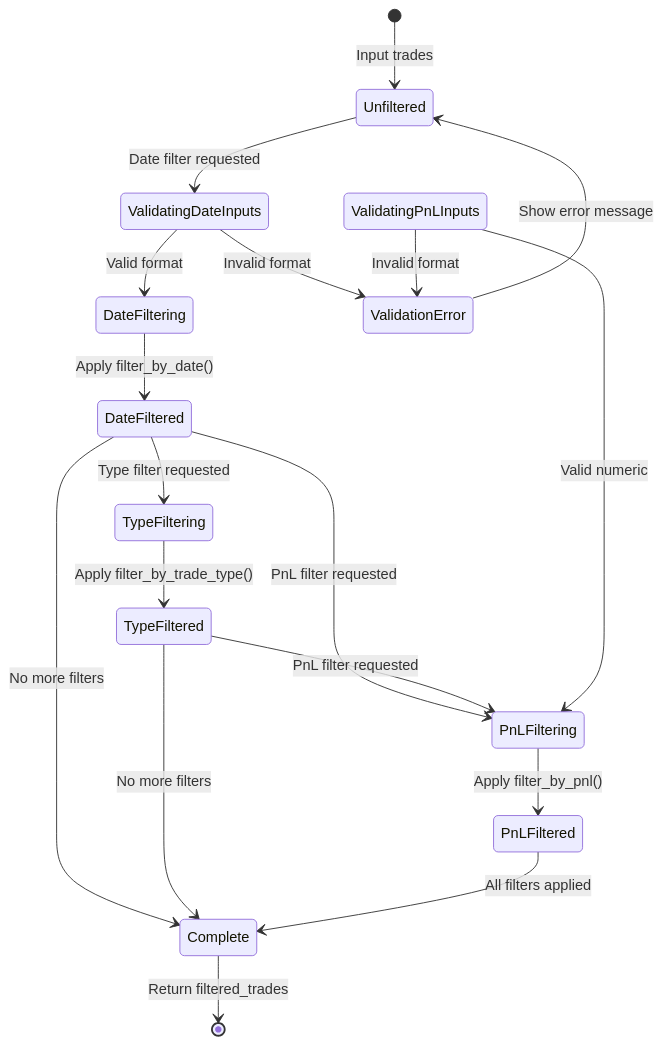
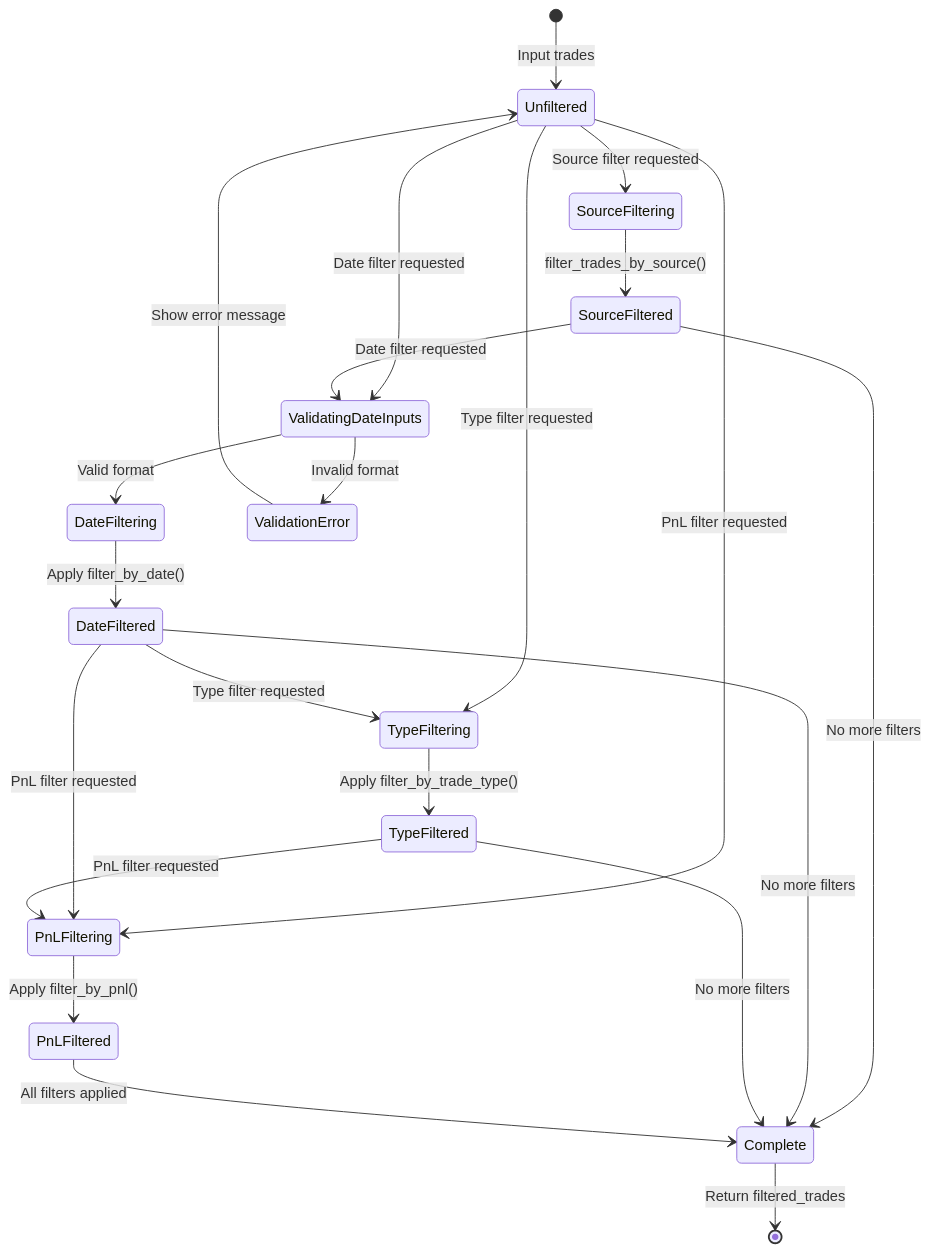
One commit to Frostbite1536/Prediction_Analyzer changed the fifth of 13 diagrams in docs/STATE_MACHINE_DIAGRAMS.md. Above: the diagram before and after it, drawn with Mermaid. The commit also changed other lines of this file and 6 other files, not shown here.

````diff
--- a/docs/STATE_MACHINE_DIAGRAMS.md
+++ b/docs/STATE_MACHINE_DIAGRAMS.md
@@ -148,31 +252,36 @@
 ```mermaid
 stateDiagram-v2
     [*] --> Unfiltered: Input trades
 
+    Unfiltered --> SourceFiltering: Source filter requested
     Unfiltered --> ValidatingDateInputs: Date filter requested
+    Unfiltered --> TypeFiltering: Type filter requested
+    Unfiltered --> PnLFiltering: PnL filter requested
+
+    SourceFiltering --> SourceFiltered: filter_trades_by_source()
+
+    SourceFiltered --> ValidatingDateInputs: Date filter requested
+    SourceFiltered --> Complete: No more filters
 
     ValidatingDateInputs --> DateFiltering: Valid format
     ValidatingDateInputs --> ValidationError: Invalid format
 
     DateFiltering --> DateFiltered: Apply filter_by_date()
 
     DateFiltered --> TypeFiltering: Type filter requested
     DateFiltered --> PnLFiltering: PnL filter requested
     DateFiltered --> Complete: No more filters
 
     TypeFiltering --> TypeFiltered: Apply filter_by_trade_type()
 
     TypeFiltered --> PnLFiltering: PnL filter requested
     TypeFiltered --> Complete: No more filters
 
-    ValidatingPnLInputs --> PnLFiltering: Valid numeric
-    ValidatingPnLInputs --> ValidationError: Invalid format
-
     PnLFiltering --> PnLFiltered: Apply filter_by_pnl()
 
     PnLFiltered --> Complete: All filters applied
 
     ValidationError --> Unfiltered: Show error message
 
     Complete --> [*]: Return filtered_trades
 ```
````
